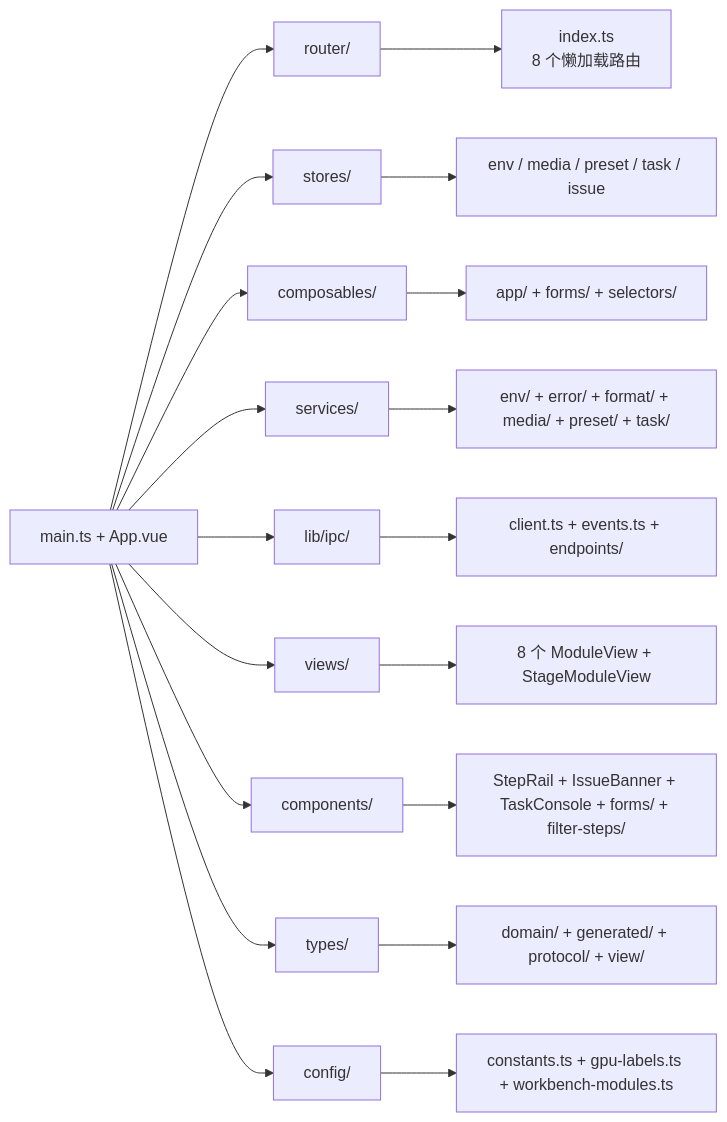
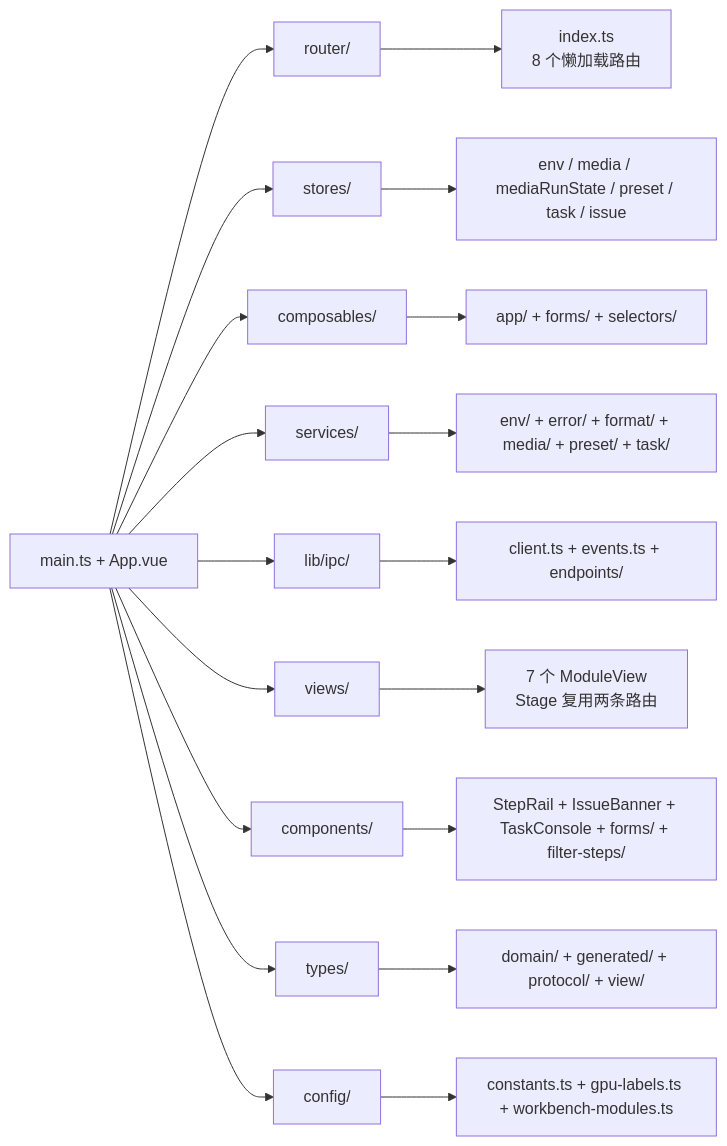
Before and after one commit to youge325/vp: the second of 4 diagrams in docs/01-architecture-overview.md, drawn with Mermaid. The commit also changed other lines of this file and 14 other files, not shown here.

````diff
--- a/docs/01-architecture-overview.md
+++ b/docs/01-architecture-overview.md
@@ -137,22 +147,22 @@
 ```mermaid
 graph LR
     A[main.ts + App.vue] --> B[router/]
     A --> C[stores/]
     A --> D[composables/]
     A --> E[services/]
     A --> F[lib/ipc/]
     A --> G[views/]
     A --> H[components/]
     A --> I[types/]
     A --> J[config/]
 
     B --> B1[index.ts<br/>8 个懒加载路由]
-    C --> C1[env / media / preset / task / issue]
+    C --> C1[env / media / mediaRunState / preset / task / issue]
     D --> D1[app/ + forms/ + selectors/]
     E --> E1[env/ + error/ + format/ + media/ + preset/ + task/]
     F --> F1[client.ts + events.ts + endpoints/]
-    G --> G1[8 个 ModuleView + StageModuleView]
+    G --> G1[7 个 ModuleView<br/>Stage 复用两条路由]
     H --> H1[StepRail + IssueBanner + TaskConsole + forms/ + filter-steps/]
     I --> I1[domain/ + generated/ + protocol/ + view/]
     J --> J1[constants.ts + gpu-labels.ts + workbench-modules.ts]
 ```
````
